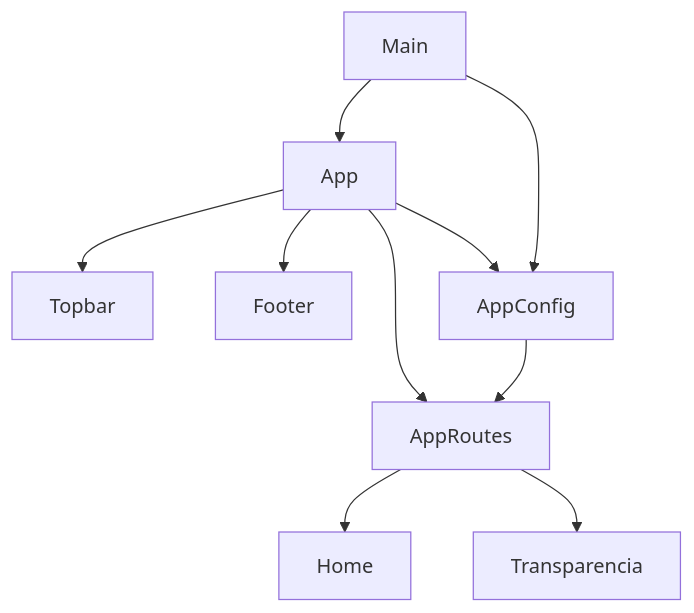
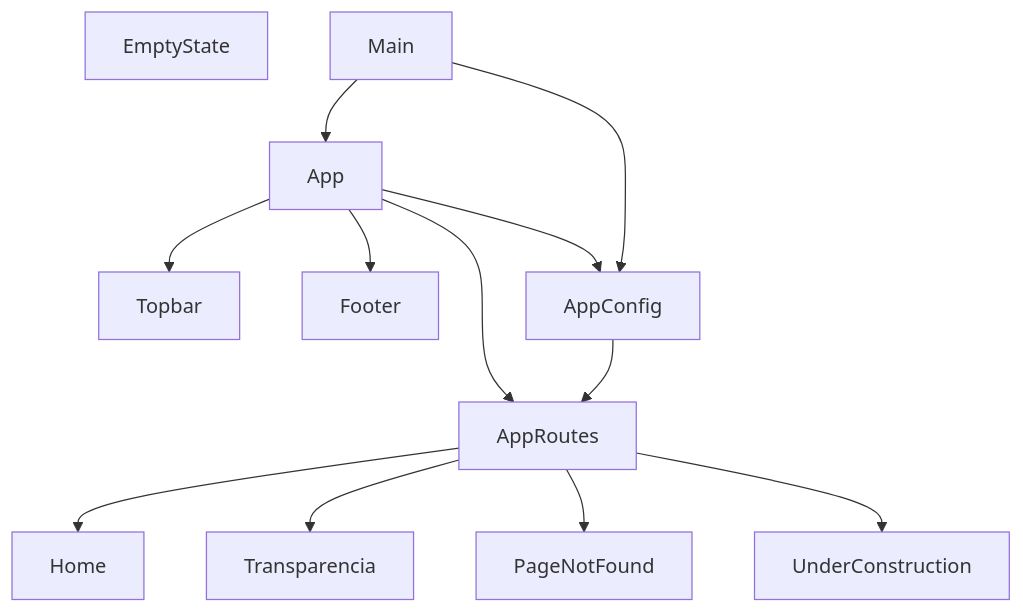
The diagram in docs/GRAPH.md (lancastmx/POC_admin_migala), drawn with Mermaid before and after one commit. The commit also changed other lines of this file and 11 other files, not shown here.

````diff
--- a/docs/GRAPH.md
+++ b/docs/GRAPH.md
@@ -7,21 +7,26 @@
 ```mermaid
 graph TD
   comp-001[App]
   comp-002[Topbar]
   comp-003[Footer]
   comp-004[Home]
   comp-005[Transparencia]
+  comp-006[PageNotFound]
+  comp-007[EmptyState]
+  comp-008[UnderConstruction]
   cfg-001[AppConfig]
   cfg-002[AppRoutes]
   entry-001[Main]
 
   comp-001 --> comp-002
   comp-001 --> comp-003
   comp-001 --> cfg-001
   comp-001 --> cfg-002
   cfg-001 --> cfg-002
   cfg-002 --> comp-004
   cfg-002 --> comp-005
+  cfg-002 --> comp-006
+  cfg-002 --> comp-008
   entry-001 --> comp-001
   entry-001 --> cfg-001
 ```
````
